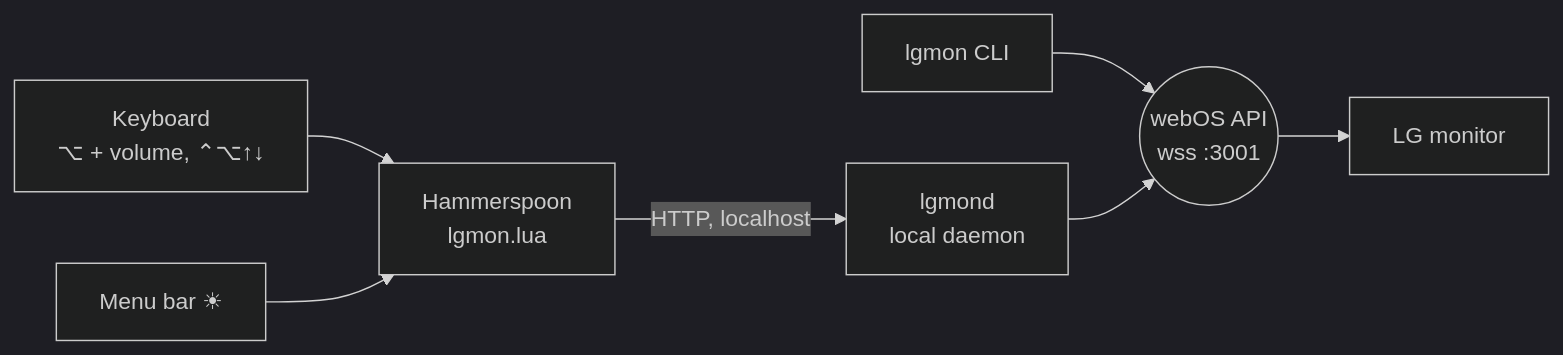
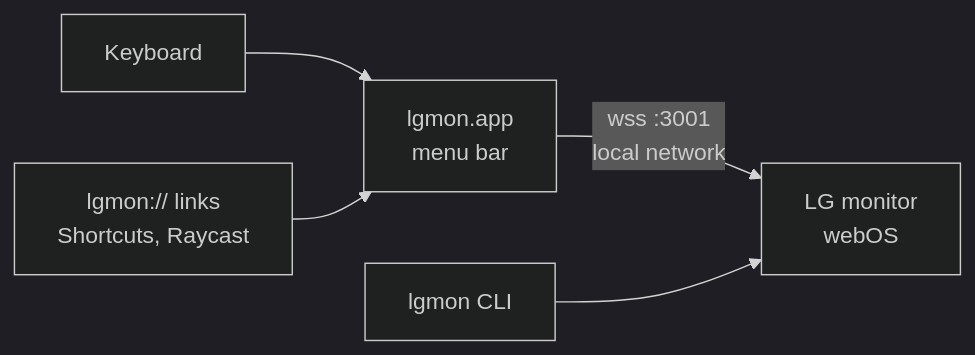
Before and after one commit to davideconte/lgmon: the diagram in README.md, drawn with Mermaid (dark theme). The commit also changed other lines of this file and 26 other files, not shown here.

First line of the commit message:
Native menu bar app replaces the daemon and the Hammerspoon module

````diff
--- a/README.md
+++ b/README.md
@@ -101,9 +89,7 @@
 ```mermaid
 flowchart LR
-    K["Keyboard<br/>⌥ + volume, ⌃⌥↑↓"] --> H["Hammerspoon<br/>lgmon.lua"]
-    M["Menu bar ☀︎"] --> H
-    H -- "HTTP, localhost" --> D["lgmond<br/>local daemon"]
-    C["lgmon CLI"] --> W
-    D --> W(("webOS API<br/>wss :3001"))
-    W --> L["LG monitor"]
+    K["Keyboard"] --> A["lgmon.app<br/>menu bar"]
+    U["lgmon:// links<br/>Shortcuts, Raycast"] --> A
+    A -- "wss :3001<br/>local network" --> L["LG monitor<br/>webOS"]
+    C["lgmon CLI"] --> L
 ```
````
